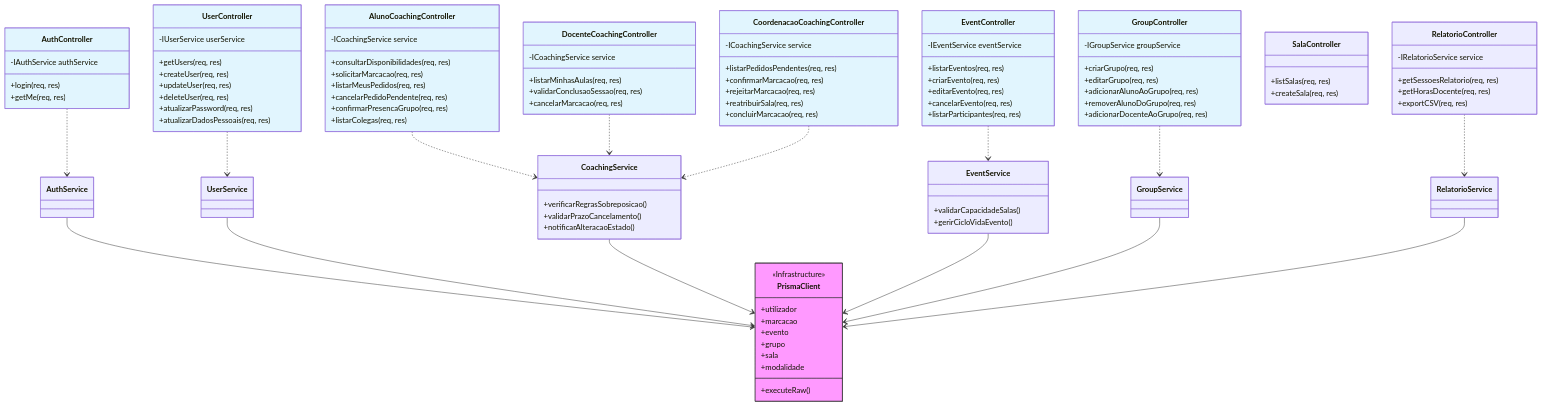
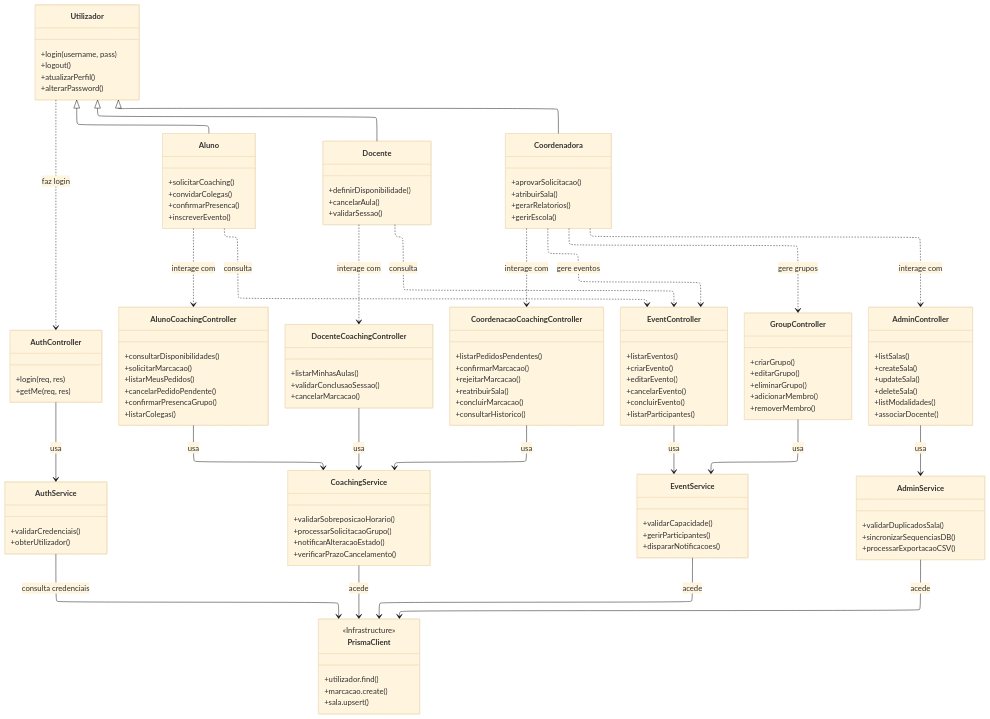
One commit to rogerio-picas/entartes-web-app changed the diagram in backend/classDiagram.mmd. Above: the diagram before and after it, drawn with Mermaid.

```diff
--- a/backend/classDiagram.mmd
+++ b/backend/classDiagram.mmd
@@ -1,132 +1,163 @@
+---
+config:
+  theme: base
+  layout: elk
+---
 classDiagram
-    direction TB
+direction TB
 
-    %% --- INFRAESTRUTURA E PERSISTÊNCIA ---
-    class PrismaClient {
-        <<Infrastructure>>
-        +utilizador
-        +marcacao
-        +evento
-        +grupo
-        +sala
-        +modalidade
-        +executeRaw()
-    }
+%% ==== CLASSES DE DOMÍNIO ====
+class Utilizador {
+  +login(username, pass)
+  +logout()
+  +atualizarPerfil()
+  +alterarPassword()
+}
 
-    %% --- MÓDULO AUTH & USERS ---
-    class AuthController {
-        -IAuthService authService
-        +login(req, res)
-        +getMe(req, res)
-    }
-    class UserController {
-        -IUserService userService
-        +getUsers(req, res)
-        +createUser(req, res)
-        +updateUser(req, res)
-        +deleteUser(req, res)
-        +atualizarPassword(req, res)
-        +atualizarDadosPessoais(req, res)
-    }
+class Aluno {
+  +solicitarCoaching()
+  +convidarColegas()
+  +confirmarPresenca()
+  +inscreverEvento()
+}
 
-    %% --- MÓDULO COACHING (SEGREGADO POR ATOR) ---
-    class AlunoCoachingController {
-        -ICoachingService service
-        +consultarDisponibilidades(req, res)
-        +solicitarMarcacao(req, res)
-        +listarMeusPedidos(req, res)
-        +cancelarPedidoPendente(req, res)
-        +confirmarPresencaGrupo(req, res)
-        +listarColegas(req, res)
-    }
+class Docente {
+  +definirDisponibilidade()
+  +cancelarAula()
+  +validarSessao()
+}
 
-    class DocenteCoachingController {
-        -ICoachingService service
-        +listarMinhasAulas(req, res)
-        +validarConclusaoSessao(req, res)
-        +cancelarMarcacao(req, res)
-    }
+class Coordenadora {
+  +aprovarSolicitacao()
+  +atribuirSala()
+  +gerarRelatorios()
+  +gerirEscola()
+}
 
-    class CoordenacaoCoachingController {
-        -ICoachingService service
-        +listarPedidosPendentes(req, res)
-        +confirmarMarcacao(req, res)
-        +rejeitarMarcacao(req, res)
-        +reatribuirSala(req, res)
-        +concluirMarcacao(req, res)
-    }
+Utilizador <|-- Aluno
+Utilizador <|-- Docente
+Utilizador <|-- Coordenadora
 
-    %% --- MÓDULO EVENTOS E GRUPOS ---
-    class EventController {
-        -IEventService eventService
-        +listarEventos(req, res)
-        +criarEvento(req, res)
-        +editarEvento(req, res)
-        +cancelarEvento(req, res)
-        +listarParticipantes(req, res)
-    }
 
-    class GroupController {
-        -IGroupService groupService
-        +criarGrupo(req, res)
-        +editarGrupo(req, res)
-        +adicionarAlunoAoGrupo(req, res)
-        +removerAlunoDoGrupo(req, res)
-        +adicionarDocenteAoGrupo(req, res)
-    }
+%% ==== CONTROLLERS ====
+class AuthController {
+  +login(req, res)
+  +getMe(req, res)
+}
 
-    %% --- MÓDULO ADMIN & RELATÓRIOS ---
-    class SalaController {
-        +listSalas(req, res)
-        +createSala(req, res)
-    }
+class AlunoCoachingController {
+  +consultarDisponibilidades()
+  +solicitarMarcacao()
+  +listarMeusPedidos()
+  +cancelarPedidoPendente()
+  +confirmarPresencaGrupo()
+  +listarColegas()
+}
 
-    class RelatorioController {
-        -IRelatorioService service
-        +getSessoesRelatorio(req, res)
-        +getHorasDocente(req, res)
-        +exportCSV(req, res)
-    }
+class DocenteCoachingController {
+  +listarMinhasAulas()
+  +validarConclusaoSessao()
+  +cancelarMarcacao()
+}
 
-    %% --- SERVICES (LÓGICA DE NEGÓCIO) ---
-    class CoachingService {
-        +verificarRegrasSobreposicao()
-        +validarPrazoCancelamento()
-        +notificarAlteracaoEstado()
-    }
+class CoordenacaoCoachingController {
+  +listarPedidosPendentes()
+  +confirmarMarcacao()
+  +rejeitarMarcacao()
+  +reatribuirSala()
+  +concluirMarcacao()
+  +consultarHistorico()
+}
 
-    class EventService {
-        +validarCapacidadeSalas()
-        +gerirCicloVidaEvento()
-    }
+class EventController {
+  +listarEventos()
+  +criarEvento()
+  +editarEvento()
+  +cancelarEvento()
+  +concluirEvento()
+  +listarParticipantes()
+}
 
-    %% --- RELAÇÕES ---
-    AuthController ..> AuthService
-    UserController ..> UserService
-    
-    AlunoCoachingController ..> CoachingService
-    DocenteCoachingController ..> CoachingService
-    CoordenacaoCoachingController ..> CoachingService
-    
-    EventController ..> EventService
-    GroupController ..> GroupService
-    
-    RelatorioController ..> RelatorioService
+class GroupController {
+  +criarGrupo()
+  +editarGrupo()
+  +eliminarGrupo()
+  +adicionarMembro()
+  +removerMembro()
+}
 
-    %% Todos os Services dependem do Prisma
-    AuthService --> PrismaClient
-    UserService --> PrismaClient
-    CoachingService --> PrismaClient
-    EventService --> PrismaClient
-    GroupService --> PrismaClient
-    RelatorioService --> PrismaClient
+class AdminController {
+  +listSalas()
+  +createSala()
+  +updateSala()
+  +deleteSala()
+  +listModalidades()
+  +associarDocente()
+}
 
-    %% Estilos
-    style PrismaClient fill:#f9f,stroke:#333
-    style AuthController fill:#e1f5fe
-    style UserController fill:#e1f5fe
-    style AlunoCoachingController fill:#e1f5fe
-    style DocenteCoachingController fill:#e1f5fe
-    style CoordenacaoCoachingController fill:#e1f5fe
-    style EventController fill:#e1f5fe
-    style GroupController fill:#e1f5fe
+
+%% ==== SERVICES ====
+class AuthService {
+  +validarCredenciais()
+  +obterUtilizador()
+}
+
+class CoachingService {
+  +validarSobreposicaoHorario()
+  +processarSolicitacaoGrupo()
+  +notificarAlteracaoEstado()
+  +verificarPrazoCancelamento()
+}
+
+class EventService {
+  +validarCapacidade()
+  +gerirParticipantes()
+  +dispararNotificacoes()
+}
+
+class AdminService {
+  +validarDuplicadosSala()
+  +sincronizarSequenciasDB()
+  +processarExportacaoCSV()
+}
+
+
+%% ==== INFRAESTRUTURA ====
+class PrismaClient {
+  +utilizador.find()
+  +marcacao.create()
+  +sala.upsert()
+}
+
+<<Infrastructure>> PrismaClient
+
+
+%% ==== RELAÇÕES PRINCIPAIS ====
+
+%% Controllers usam seus respectivos serviços
+AuthController --> AuthService : usa
+AlunoCoachingController --> CoachingService : usa
+DocenteCoachingController --> CoachingService : usa
+CoordenacaoCoachingController --> CoachingService : usa
+EventController --> EventService : usa
+GroupController --> EventService : usa
+AdminController --> AdminService : usa
+
+%% Services acedem à base de dados
+AuthService --> PrismaClient : consulta credenciais
+CoachingService --> PrismaClient : acede
+EventService --> PrismaClient : acede
+AdminService --> PrismaClient : acede
+
+%% ==== INTERAÇÕES UTILIZADORAS ====
+Utilizador ..> AuthController : faz login
+
+Aluno ..> AlunoCoachingController : interage com
+Docente ..> DocenteCoachingController : interage com
+Coordenadora ..> CoordenacaoCoachingController : interage com
+Coordenadora ..> AdminController : interage com
+Coordenadora ..> EventController : gere eventos
+Coordenadora ..> GroupController : gere grupos
+
+Aluno ..> EventController : consulta
+Docente ..> EventController : consulta
```
